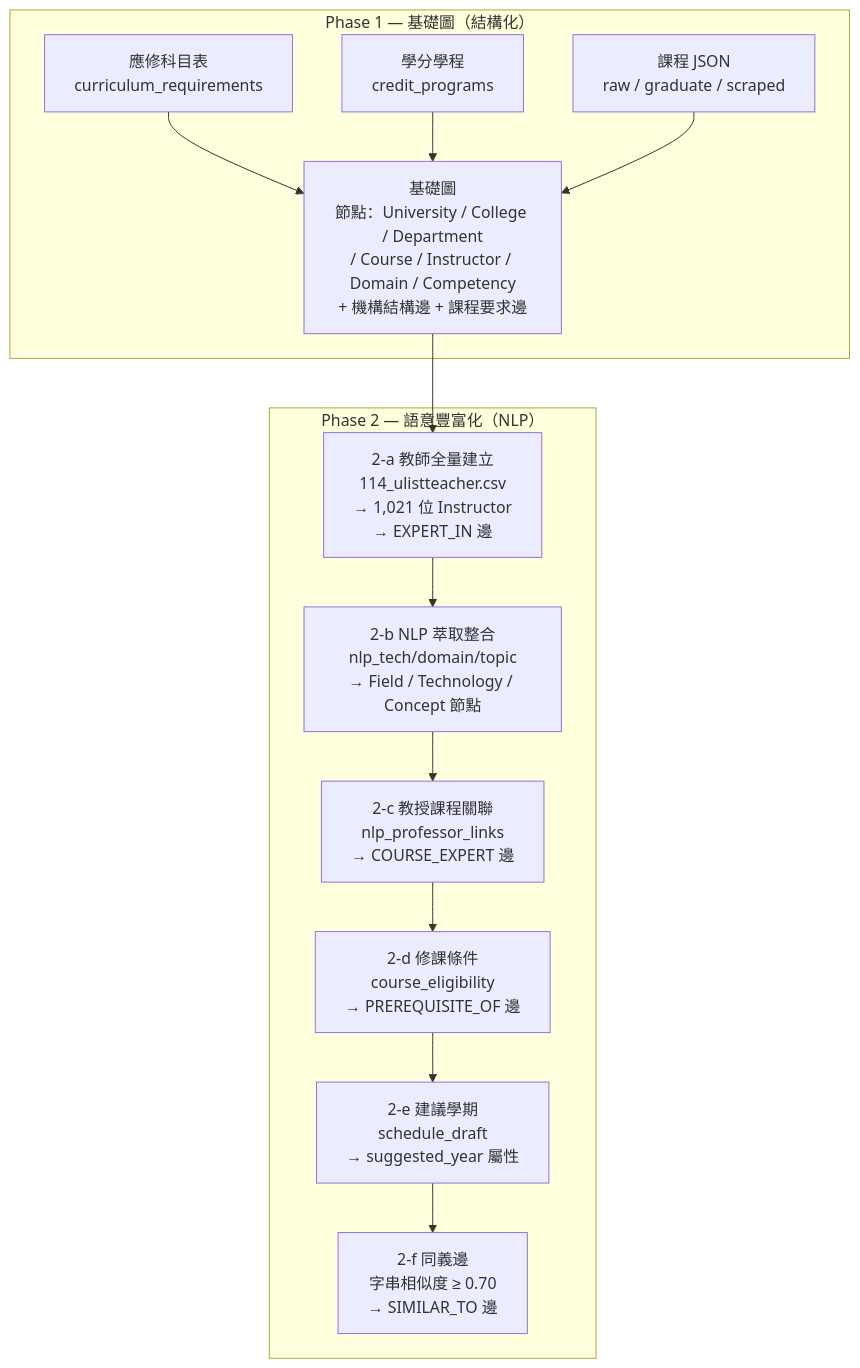
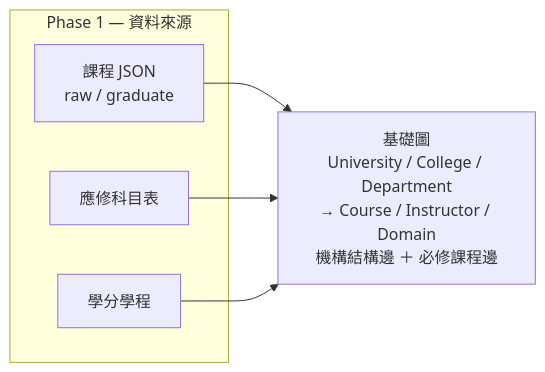
One commit to 77JoyWang77/NCU_AI_Guidance changed the fourth of 10 diagrams in docs/06-midterm-report/midterm-report.md. Above: the diagram before and after it, drawn with Mermaid. The commit also changed other lines of this file and 15 other files, not shown here.

````diff
--- a/docs/06-midterm-report/midterm-report.md
+++ b/docs/06-midterm-report/midterm-report.md
@@ -243,21 +249,12 @@
 ```mermaid
-flowchart TD
-    subgraph Phase1["Phase 1 — 基礎圖（結構化）"]
-        P1A["應修科目表<br/>curriculum_requirements"]
-        P1B["學分學程<br/>credit_programs"]
-        P1C["課程 JSON<br/>raw / graduate / scraped"]
-        BASE["基礎圖<br/>節點：University / College / Department<br/>/ Course / Instructor / Domain / Competency<br/>+ 機構結構邊 + 課程要求邊"]
+flowchart LR
+    subgraph src["Phase 1 — 資料來源"]
+        C["課程 JSON<br/>raw / graduate"]
+        CU["應修科目表"]
+        CP["學分學程"]
     end
 
-    subgraph Phase2["Phase 2 — 語意豐富化（NLP）"]
-        P2A["2-a 教師全量建立<br/>114_ulistteacher.csv<br/>→ 1,021 位 Instructor<br/>→ EXPERT_IN 邊"]
-        P2B["2-b NLP 萃取整合<br/>nlp_tech/domain/topic<br/>→ Field / Technology / Concept 節點"]
-        P2C["2-c 教授課程關聯<br/>nlp_professor_links<br/>→ COURSE_EXPERT 邊"]
-        P2D["2-d 修課條件<br/>course_eligibility<br/>→ PREREQUISITE_OF 邊"]
-        P2E["2-e 建議學期<br/>schedule_draft<br/>→ suggested_year 屬性"]
-        P2F["2-f 同義邊<br/>字串相似度 ≥ 0.70<br/>→ SIMILAR_TO 邊"]
-    end
+    BASE["基礎圖<br/>University / College / Department<br/>→ Course / Instructor / Domain<br/>機構結構邊 ＋ 必修課程邊"]
 
-    P1A & P1B & P1C --> BASE
-    BASE --> P2A --> P2B --> P2C --> P2D --> P2E --> P2F
+    C & CU & CP --> BASE
 ```
````
